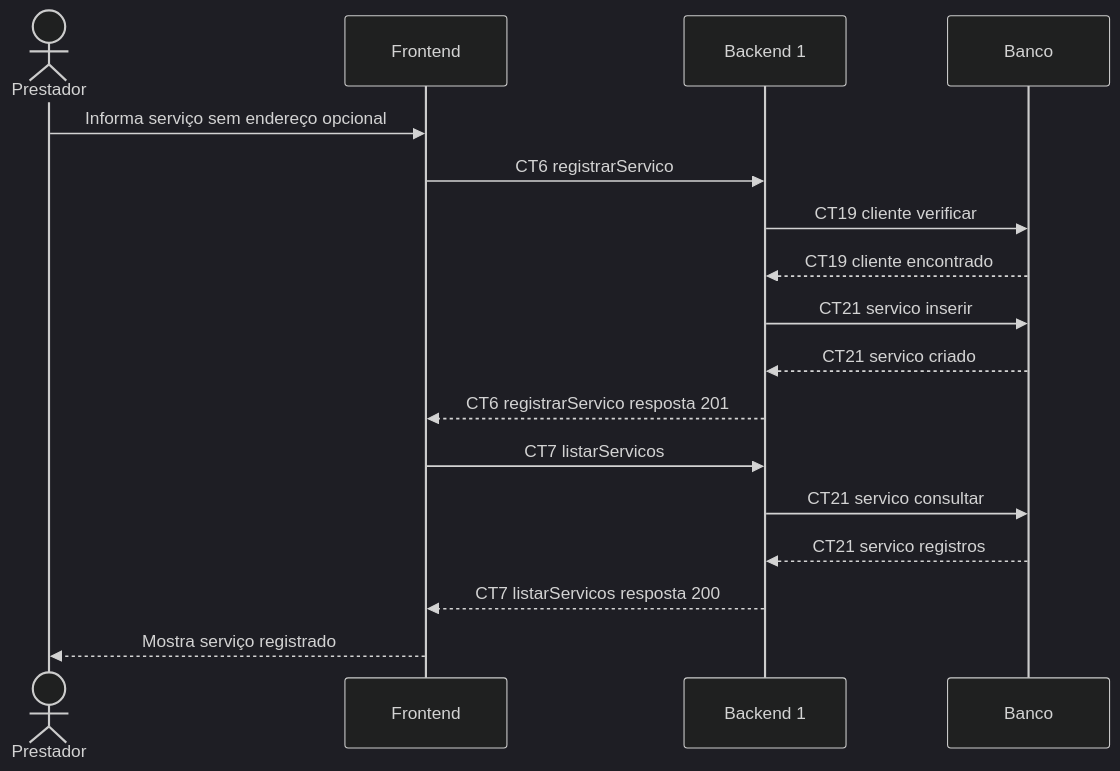
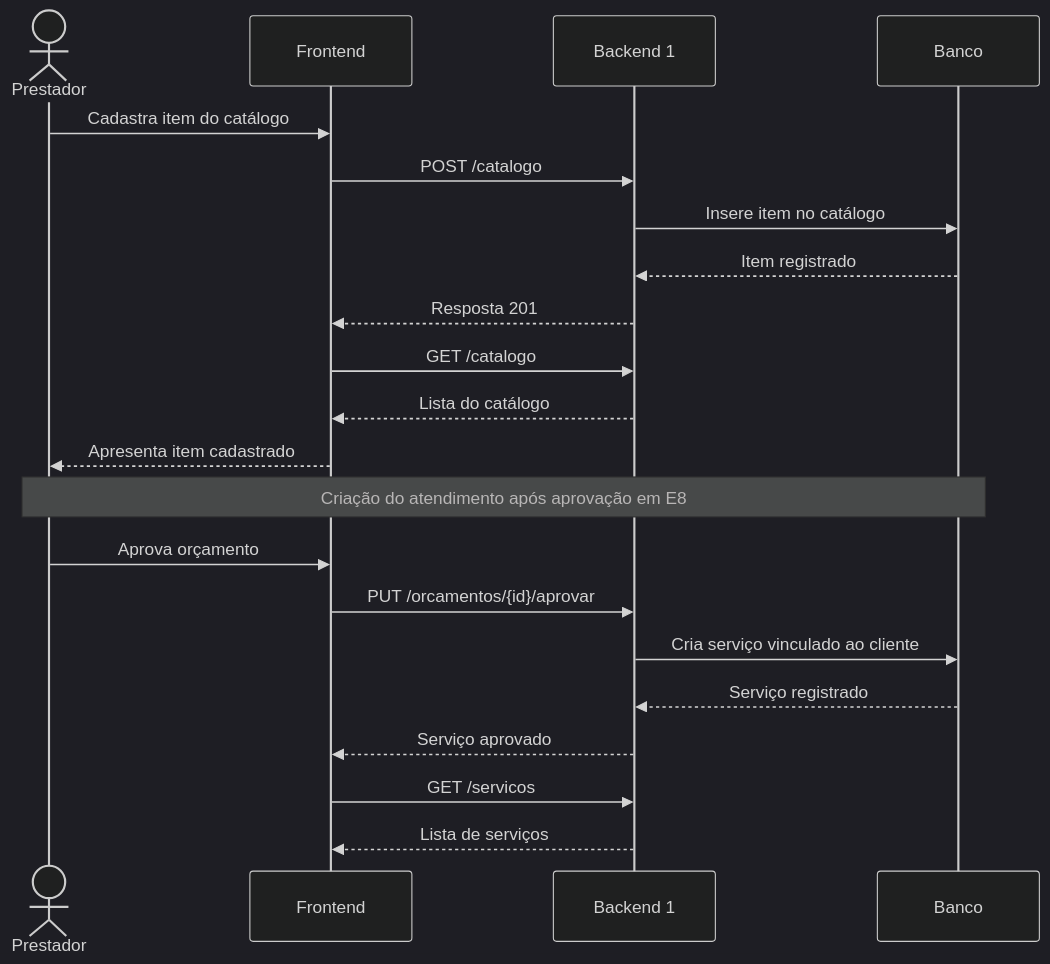
One commit to vnsete/pi4-0102-g3-frontend changed the diagram in pi4-0102-g3-frontend/docs/fluxos/E4.md. Above: the diagram before and after it, drawn with Mermaid (dark theme). The commit also changed other lines of this file, not shown here.

````diff
--- a/pi4-0102-g3-frontend/docs/fluxos/E4.md
+++ b/pi4-0102-g3-frontend/docs/fluxos/E4.md
@@ -19,19 +21,24 @@
 ```mermaid
 sequenceDiagram
     actor P as Prestador
     participant F as Frontend
     participant B1 as Backend 1
     participant DB as Banco
-    P->>F: Informa serviço sem endereço opcional
-    F->>B1: CT6 registrarServico
-    B1->>DB: CT19 cliente verificar
-    DB-->>B1: CT19 cliente encontrado
-    B1->>DB: CT21 servico inserir
-    DB-->>B1: CT21 servico criado
-    B1-->>F: CT6 registrarServico resposta 201
-    F->>B1: CT7 listarServicos
-    B1->>DB: CT21 servico consultar
-    DB-->>B1: CT21 servico registros
-    B1-->>F: CT7 listarServicos resposta 200
-    F-->>P: Mostra serviço registrado
+
+    P->>F: Cadastra item do catálogo
+    F->>B1: POST /catalogo
+    B1->>DB: Insere item no catálogo
+    DB-->>B1: Item registrado
+    B1-->>F: Resposta 201
+    F->>B1: GET /catalogo
+    B1-->>F: Lista do catálogo
+    F-->>P: Apresenta item cadastrado
+    Note over P,DB: Criação do atendimento após aprovação em E8
+    P->>F: Aprova orçamento
+    F->>B1: PUT /orcamentos/{id}/aprovar
+    B1->>DB: Cria serviço vinculado ao cliente
+    DB-->>B1: Serviço registrado
+    B1-->>F: Serviço aprovado
+    F->>B1: GET /servicos
+    B1-->>F: Lista de serviços
 ```
````
